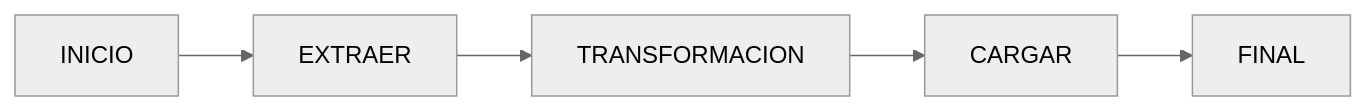
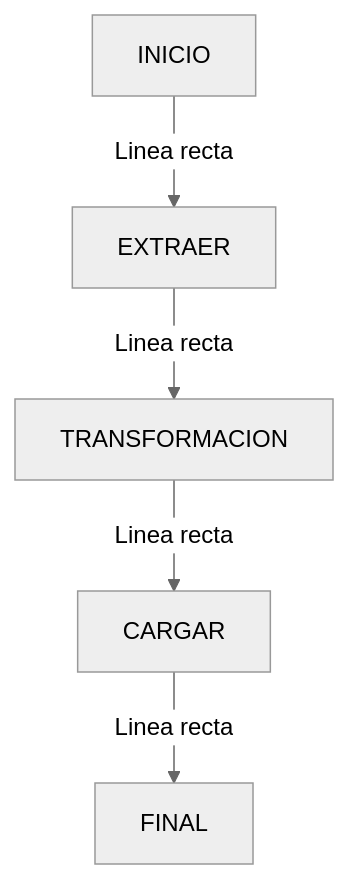
Before and after one commit to IanRJ19/PEDE5_Airflow: the diagram in dags/dag_modular/README.md, drawn with Mermaid (neutral theme).

````diff
--- a/dags/dag_modular/README.md
+++ b/dags/dag_modular/README.md
@@ -26,7 +26,14 @@
 ```mermaid
-graph LR;
-    INICIO --> EXTRAER;
-    EXTRAER --> TRANSFORMACION;
-    TRANSFORMACION --> CARGAR;
-    CARGAR --> FINAL;
+graph TD;
+    style INICIO circle
+    style EXTRAER circle
+    style TRANSFORMACION circle
+    style CARGAR circle
+    style FINAL circle
+    
+    INICIO -->|Linea recta| EXTRAER;
+    EXTRAER -->|Linea recta| TRANSFORMACION;
+    TRANSFORMACION -->|Linea recta| CARGAR;
+    CARGAR -->|Linea recta| FINAL;
+
 ```
````
